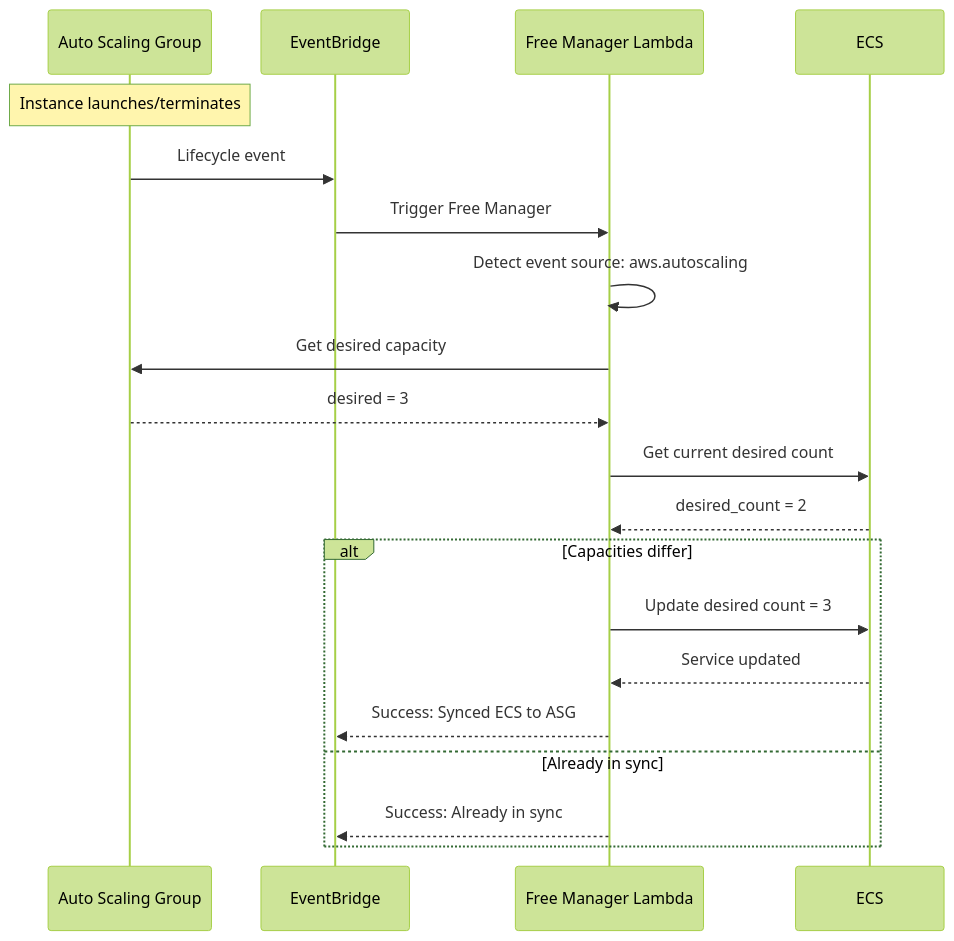
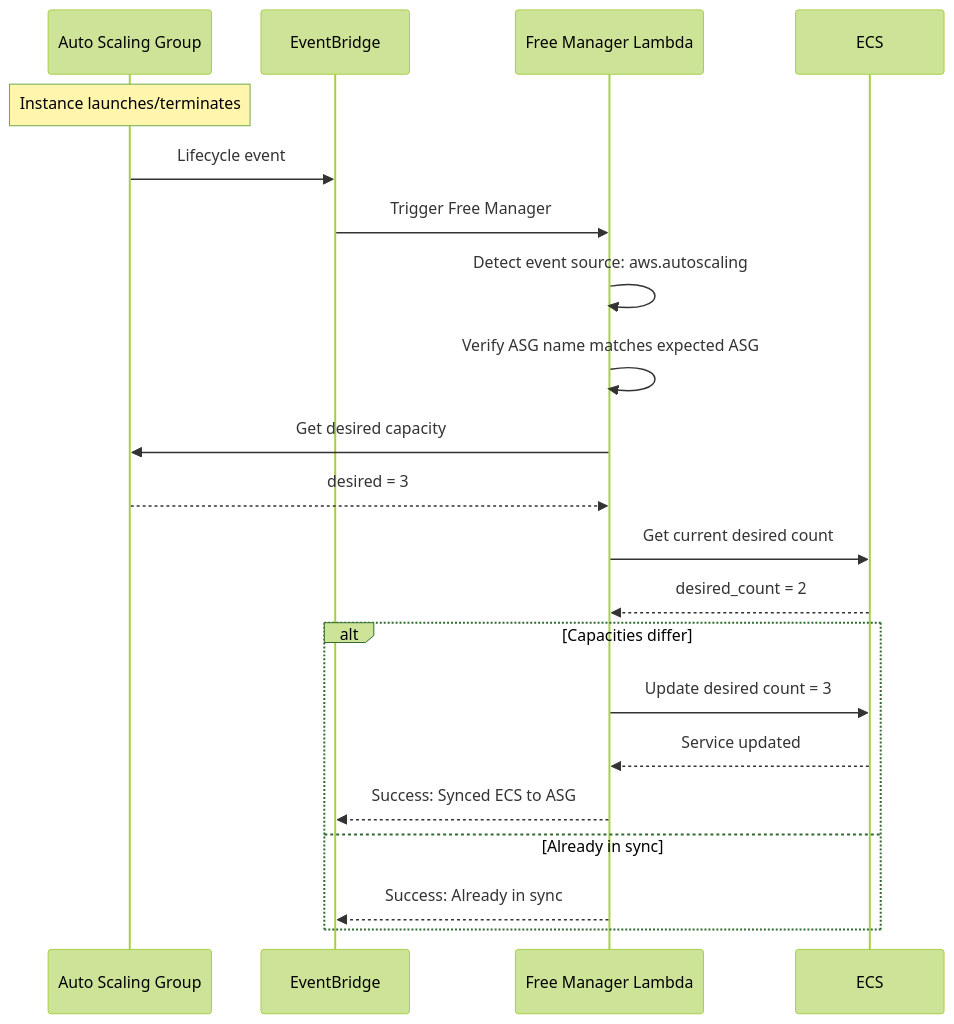
Before and after one commit to arayabrain/araya-optinist: the third of 4 diagrams in infrastructure/documentation/FREE_MANAGER_ARCHITECTURE.md, drawn with Mermaid (forest theme). The commit also changed other lines of this file and 11 other files, not shown here.

````diff
--- a/infrastructure/documentation/FREE_MANAGER_ARCHITECTURE.md
+++ b/infrastructure/documentation/FREE_MANAGER_ARCHITECTURE.md
@@ -179,27 +199,28 @@
 ```mermaid
 sequenceDiagram
     participant ASG as Auto Scaling Group
     participant EB as EventBridge
     participant FM as Free Manager Lambda
     participant ECS
 
     Note over ASG: Instance launches/terminates
 
     ASG->>EB: Lifecycle event
     EB->>FM: Trigger Free Manager
 
     FM->>FM: Detect event source: aws.autoscaling
+    FM->>FM: Verify ASG name matches expected ASG
     FM->>ASG: Get desired capacity
     ASG-->>FM: desired = 3
 
     FM->>ECS: Get current desired count
     ECS-->>FM: desired_count = 2
 
     alt Capacities differ
         FM->>ECS: Update desired count = 3
         ECS-->>FM: Service updated
         FM-->>EB: Success: Synced ECS to ASG
     else Already in sync
         FM-->>EB: Success: Already in sync
     end
 ```
````
